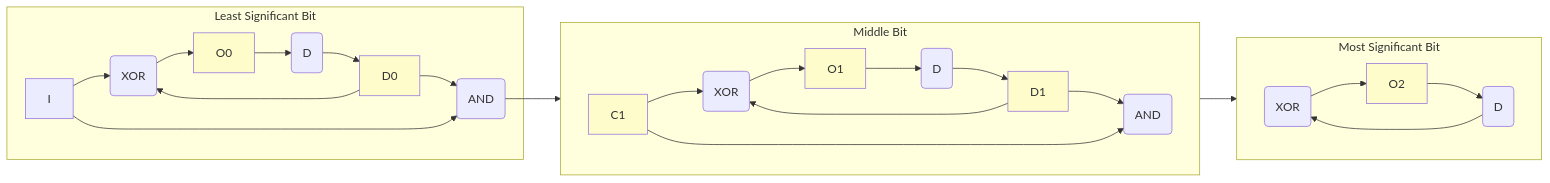
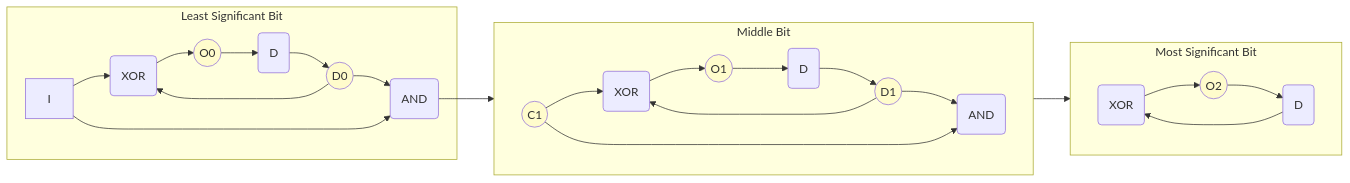
Before and after one commit to geraw/logic_simulator: the diagram in webui/README.md, drawn with Mermaid. The commit also changed other lines of this file, not shown here.

Commit message:
Clarify counter circuit diagram annotations and improve signal representation in README

````diff
--- a/webui/README.md
+++ b/webui/README.md
@@ -91,37 +91,37 @@
 ```mermaid
 graph LR
 
         subgraph Least Significant Bit 
-            XOR0 --> O0
+            XOR0 --> O0((O0))
             D0 --> XOR0(XOR)
-            O0 --> DD0(D) --> D0
+            O0 --> DD0(D) --> D0((D0))
             I --> XOR0
             D0 --> AND0(AND)
             I --> AND0
         end
 
-        AND0 --> C1
+        AND0 --> C1((C1))
 
         subgraph Middle Bit
             direction LR
-            XOR1 --> O1
+            XOR1 --> O1((O1))
             D1 --> XOR1(XOR)
-            O1 -->  DD1(D) --> D1
+            O1 -->  DD1(D) --> D1((D1))
             C1 --> XOR1(XOR)
             D1 --> AND1(AND)
             C1 --> AND1
         end
 
 
         subgraph Most Significant Bit
             direction LR
-            XOR2 --> O2 
+            XOR2 --> O2((O2))
             D2 --> XOR2(XOR)
             O2 -->  D2(D)
             AND1 --> XOR2 
         end
 
 
     classDef highlight fill:#fffccc;
     class O0,O1,O2,D0,D1,C1 highlight;
 ```
````
